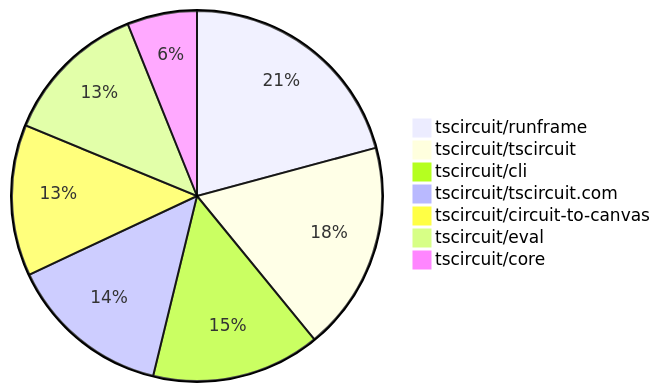
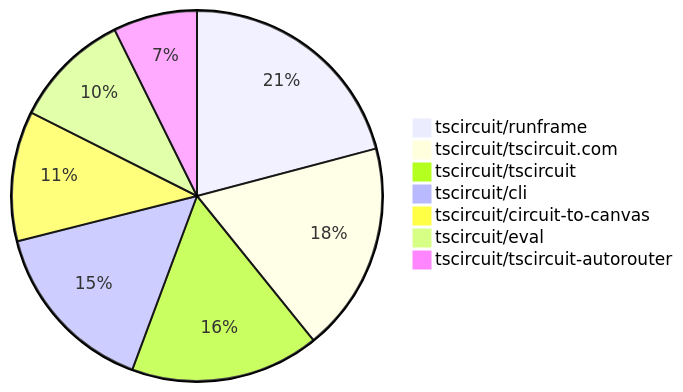
One commit to tscircuit/contribution-tracker changed the second of 2 diagrams in README.md. Above: the diagram before and after it, drawn with Mermaid. The commit also changed other lines of this file and 3 other files, not shown here.

````diff
--- a/README.md
+++ b/README.md
@@ -115,10 +121,10 @@
 ```mermaid
 pie
-    "tscircuit/runframe" : 41
-    "tscircuit/tscircuit" : 36
-    "tscircuit/cli" : 29
-    "tscircuit/tscircuit.com" : 28
-    "tscircuit/circuit-to-canvas" : 26
-    "tscircuit/eval" : 25
-    "tscircuit/core" : 12
+    "tscircuit/runframe" : 57
+    "tscircuit/tscircuit.com" : 50
+    "tscircuit/tscircuit" : 45
+    "tscircuit/cli" : 42
+    "tscircuit/circuit-to-canvas" : 31
+    "tscircuit/eval" : 28
+    "tscircuit/tscircuit-autorouter" : 20
 ```
````
